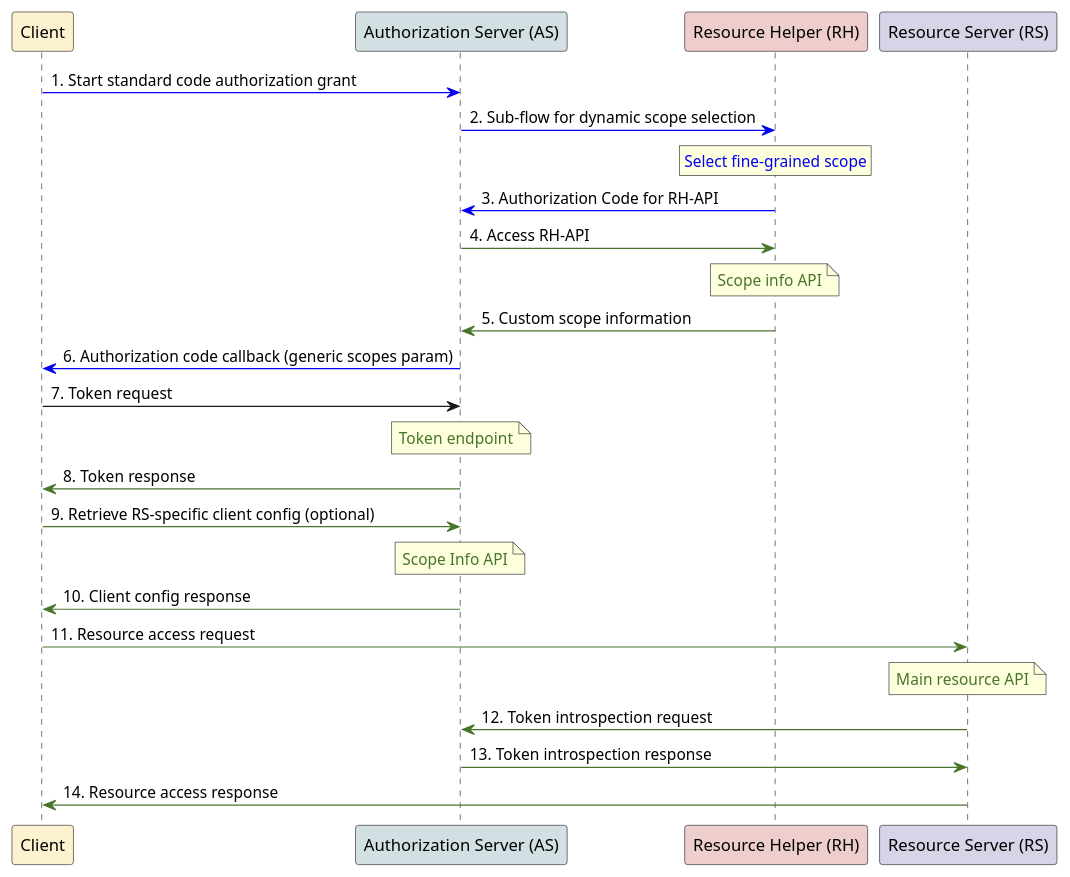
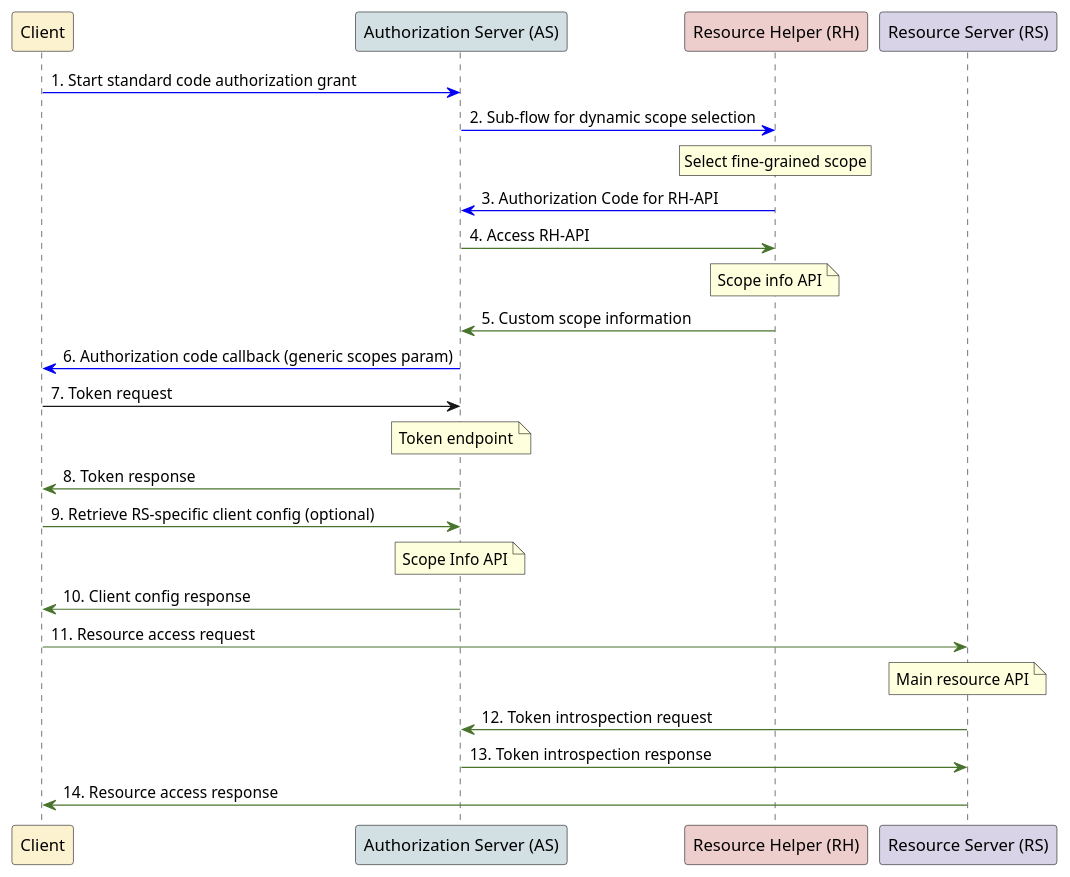
Before and after one commit to SURFnet/surf-token-based-access: the diagram in phase-3/swimlanes-no-colors.puml, drawn with PlantUML.

Commit message:
plantuml -txt swimlanes-no-colors.puml

```diff
--- a/phase-3/swimlanes-no-colors.puml
+++ b/phase-3/swimlanes-no-colors.puml
@@ -1,35 +1,35 @@
 @startuml swimlanes
 participant "Client" as C #fdf2d0
 participant "Authorization Server (AS)" as AS #d2e0e3
 participant "Resource Helper (RH)" as RH #eececd
 participant "Resource Server (RS)" as RS #d8d3e7
 C -[#0200f5]> AS: 1. Start standard code authorization grant
 AS -[#0200f5]> RH: 2. Sub-flow for dynamic scope selection
 rnote over RH
-  <color #0200f5>Select fine-grained scope</color>
+  Select fine-grained scope
 end note
 RH -[#0200f5]> AS: 3. Authorization Code for RH-API
 AS -[#48742c]> RH: 4. Access RH-API
 note over RH
-  <color #48742c>Scope info API</color>
+   Scope info API
 end note
 RH -[#48742c]> AS: 5. Custom scope information
 AS -[#0200f5]> C: 6. Authorization code callback (generic scopes param)
 C -> AS: 7. Token request
 note over AS
-  <color #48742c>Token endpoint</color>
+  Token endpoint
 end note
 AS -[#48742c]> C: 8. Token response
 C -[#48742c]> AS: 9. Retrieve RS-specific client config (optional)
 note over AS
-  <color #48742c>Scope Info API</color>
+  Scope Info API
 end note
 AS -[#48742c]> C: 10. Client config response
 C -[#48742c]> RS: 11. Resource access request
 note over RS
-  <color #48742c>Main resource API</color>
+  Main resource API
 end note
 RS -[#48742c]> AS: 12. Token introspection request
 AS -[#48742c]> RS: 13. Token introspection response
 RS -[#48742c]> C: 14. Resource access response
 @enduml
```
